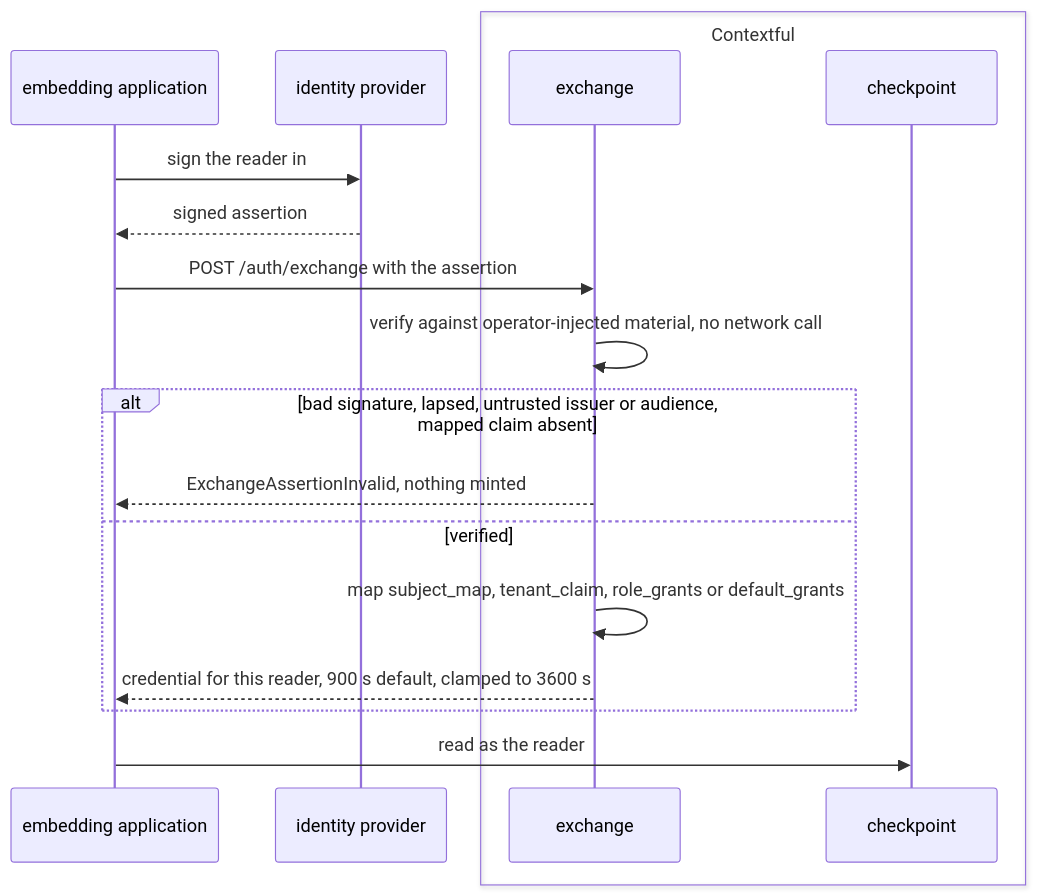
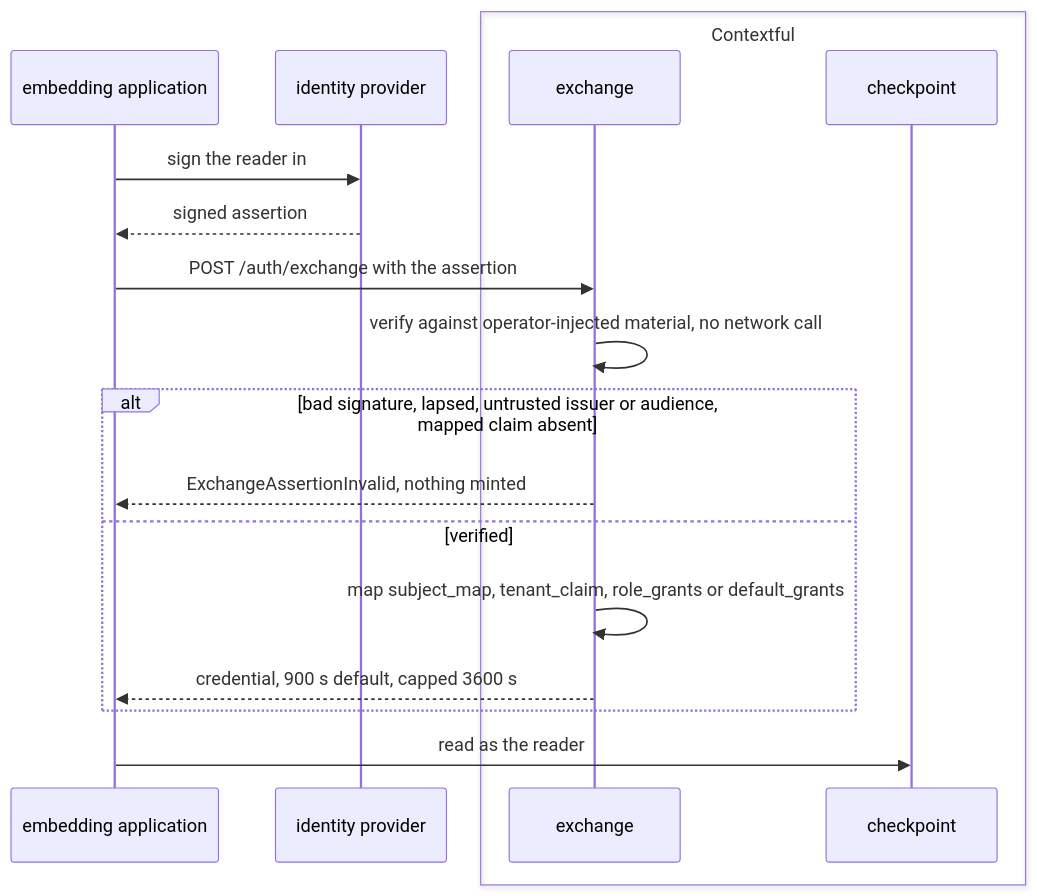
One commit to fractalboxdev/contextful changed the fourth of 5 diagrams in spec/50-authority.md. Above: the diagram before and after it, drawn with Mermaid. The commit also changed other lines of this file and 31 other files, not shown here.

First line of the commit message:
spec: every diagram draws things as nodes and what flows as labelled edges

````diff
--- a/spec/50-authority.md
+++ b/spec/50-authority.md
@@ -393,20 +379,20 @@
 ```mermaid
 sequenceDiagram
     participant App as embedding application
     participant IdP as identity provider
     box Contextful
         participant X as exchange
         participant CP as checkpoint
     end
     App->>IdP: sign the reader in
     IdP-->>App: signed assertion
     App->>X: POST /auth/exchange with the assertion
     X->>X: verify against operator-injected material, no network call
     alt bad signature, lapsed, untrusted issuer or audience, mapped claim absent
         X-->>App: ExchangeAssertionInvalid, nothing minted
     else verified
         X->>X: map subject_map, tenant_claim, role_grants or default_grants
-        X-->>App: credential for this reader, 900 s default, clamped to 3600 s
+        X-->>App: credential, 900 s default, capped 3600 s
     end
     App->>CP: read as the reader
 ```
````
